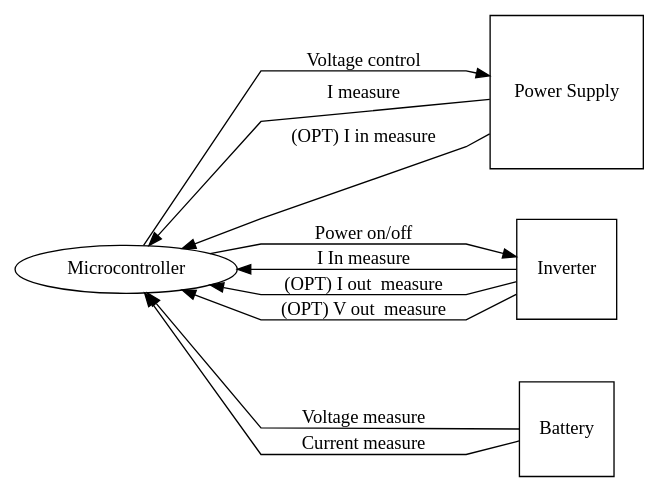
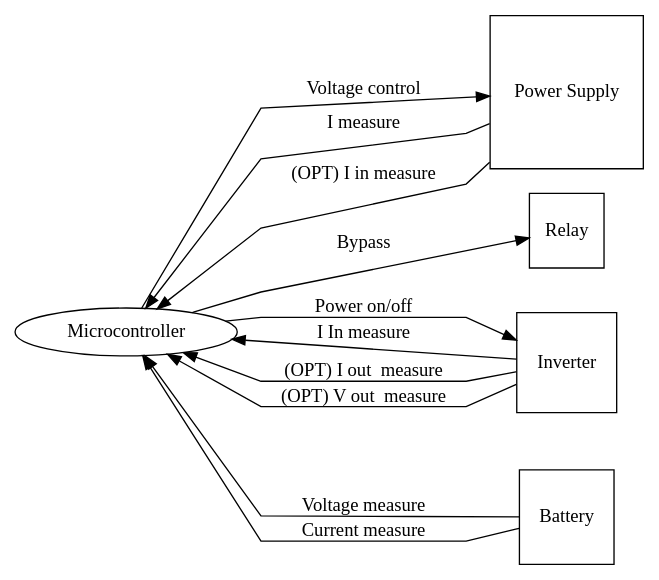
One commit to eduardo-gomes/diy-ups changed the diagram in docs/dot/UPSController.dot. Above: the diagram before and after it, drawn with Graphviz. The commit also changed 1 other file, not shown here.

Commit message:
Add doc/UPS.md and add relay to UPSController.dot

```diff
--- a/docs/dot/UPSController.dot
+++ b/docs/dot/UPSController.dot
@@ -1,22 +1,25 @@
 digraph UPSController{
 	rankdir=LR;
 	splines=polyline;
 	controller [label="Microcontroller"];
 	charger [label="Power Supply", shape="square"];
 	inverter [label="Inverter", shape="square"];
 	battery [label="Battery", shape="square"];
+	relay [label="Relay", shape="square"];
 
 
 	controller -> charger [label="Voltage control"];
 	charger -> controller [label="I measure"];
 	charger -> controller [label="(OPT) I in measure"];
 
 	inverter -> controller [label="I In measure"];
 	inverter -> controller [label="(OPT) I out  measure"];
 	inverter -> controller [label="(OPT) V out  measure"];
 	controller -> inverter [label="Power on/off"];
 
 	battery -> controller [label="Voltage measure"];
 	battery -> controller [label="Current measure"];
-	controller -> battery [style = invis]//Topological sorting
+	controller -> battery [style = invis];//Topological sorting
+
+	controller -> relay [label="Bypass"];
 }
```
